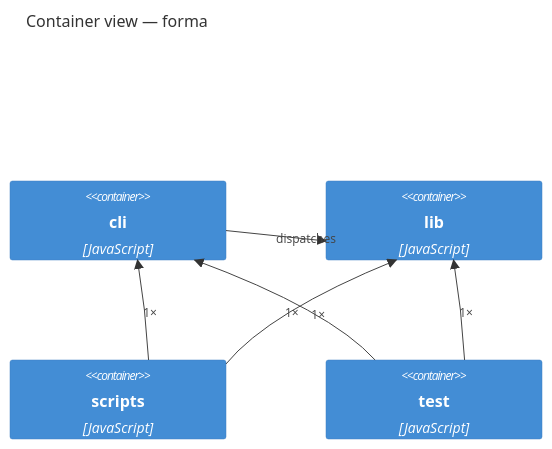
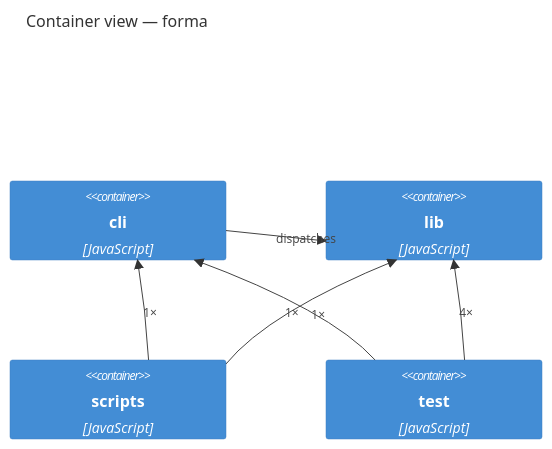
One commit to LucaDominici/forma changed the second of 2 diagrams in docs/architecture/ARCHITECTURE.md. Above: the diagram before and after it, drawn with Mermaid. The commit also changed other lines of this file and 24 other files, not shown here.

````diff
--- a/docs/architecture/ARCHITECTURE.md
+++ b/docs/architecture/ARCHITECTURE.md
@@ -63,13 +63,13 @@
 ```mermaid
 C4Container
   title Container view — forma
   Container(cli, "cli", "JavaScript")
   Container(lib, "lib", "JavaScript")
   Container(scripts, "scripts", "JavaScript")
   Container(test, "test", "JavaScript")
   Rel(cli, lib, "dispatches")
   Rel(scripts, cli, "1×")
   Rel(scripts, lib, "1×")
   Rel(test, cli, "1×")
-  Rel(test, lib, "1×")
+  Rel(test, lib, "4×")
 ```
````
